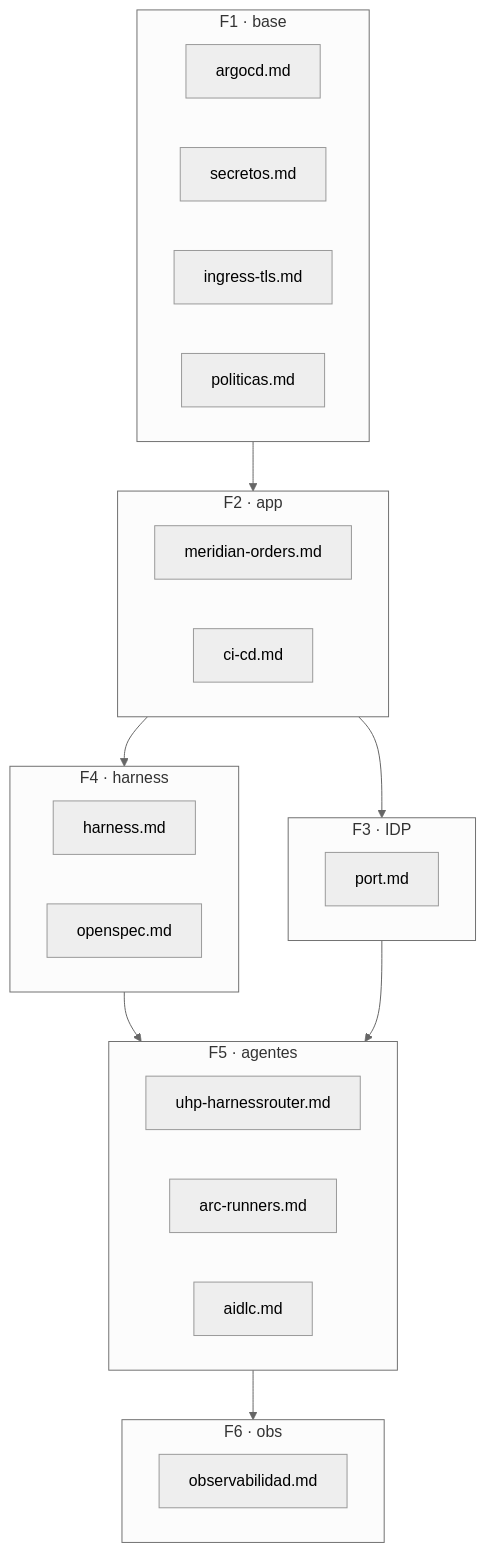
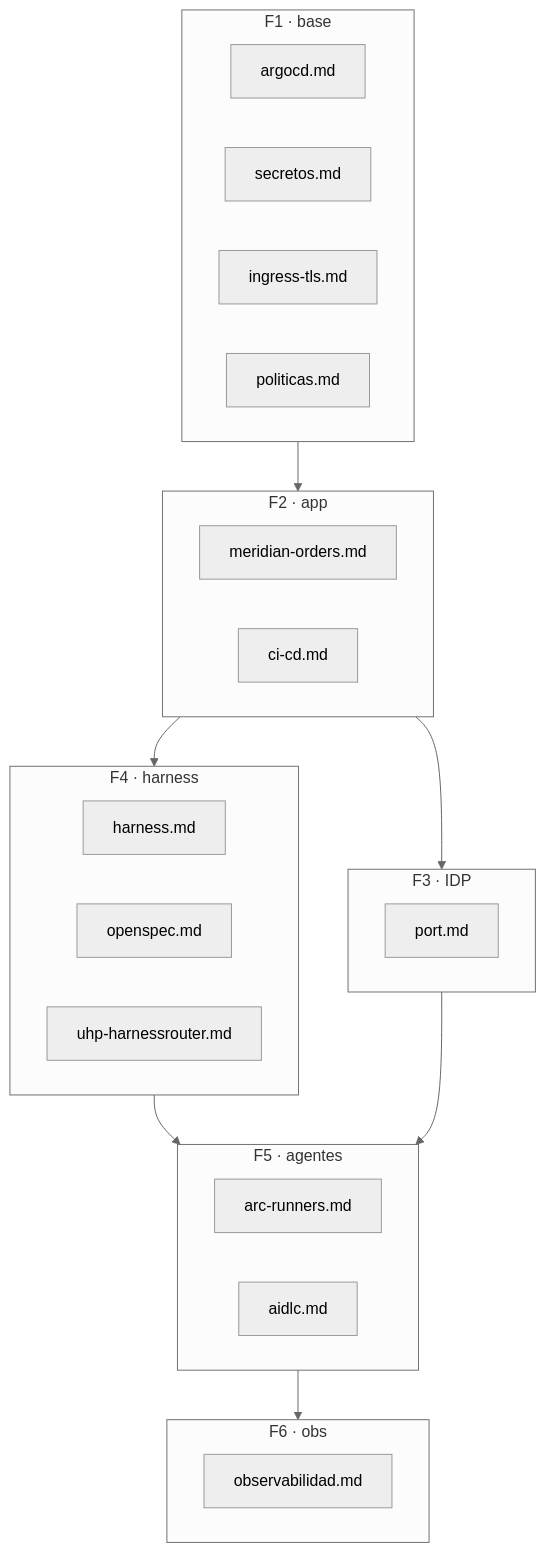
The diagram in docs/lab/README.md (elpalmeral-org/agentic-platform-lab), drawn with Mermaid (neutral theme) before and after one commit. The commit also changed other lines of this file and 8 other files, not shown here.

````diff
--- a/docs/lab/README.md
+++ b/docs/lab/README.md
@@ -7,31 +7,31 @@
 ```mermaid
 flowchart TB
     subgraph F1["F1 · base"]
         ARGO["argocd.md"]
         SEC["secretos.md"]
         ING["ingress-tls.md"]
         POL["politicas.md"]
     end
     subgraph F2["F2 · app"]
         APP["meridian-orders.md"]
         CICD["ci-cd.md"]
     end
     subgraph F3["F3 · IDP"]
         PORT["port.md"]
     end
     subgraph F4["F4 · harness"]
         HAR["harness.md"]
         SDD["openspec.md"]
+        UHP["uhp-harnessrouter.md"]
     end
     subgraph F5["F5 · agentes"]
-        UHP["uhp-harnessrouter.md"]
         ARC["arc-runners.md"]
         AIDLC["aidlc.md"]
     end
     subgraph F6["F6 · obs"]
         OBS["observabilidad.md"]
     end
     F1 --> F2 --> F3
     F2 --> F4 --> F5
     F3 --> F5 --> F6
 ```
````
